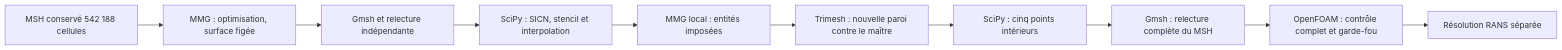
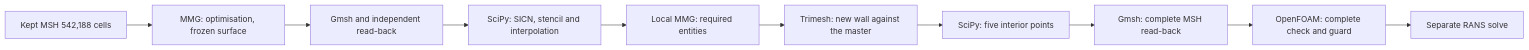
The diagram in twins/962-cylinder-head-f0/MMG_REPAIR_FOLLOWUP.md (cluster2600/porscheparts), drawn with Mermaid before and after one commit. The commit also changed other lines of this file and 99 other files, not shown here.

````diff
--- a/twins/962-cylinder-head-f0/MMG_REPAIR_FOLLOWUP.md
+++ b/twins/962-cylinder-head-f0/MMG_REPAIR_FOLLOWUP.md
@@ -22,12 +22,12 @@
 ```mermaid
 flowchart LR
-  A[MSH conservé 542 188 cellules] --> B[MMG : optimisation, surface figée]
-  B --> C[Gmsh et relecture indépendante]
-  C --> D[SciPy : SICN, stencil et interpolation]
-  D --> E[MMG local : entités imposées]
-  E --> F[Trimesh : nouvelle paroi contre le maître]
-  F --> G[SciPy : cinq points intérieurs]
-  G --> H[Gmsh : relecture complète du MSH]
-  H --> I[OpenFOAM : contrôle complet et garde-fou]
-  I --> J[Résolution RANS séparée]
+  A[Kept MSH 542,188 cells] --> B[MMG: optimisation, frozen surface]
+  B --> C[Gmsh and independent read-back]
+  C --> D[SciPy: SICN, stencil and interpolation]
+  D --> E[Local MMG: required entities]
+  E --> F[Trimesh: new wall against the master]
+  F --> G[SciPy: five interior points]
+  G --> H[Gmsh: complete MSH read-back]
+  H --> I[OpenFOAM: complete check and guard]
+  I --> J[Separate RANS solve]
 ```
````
